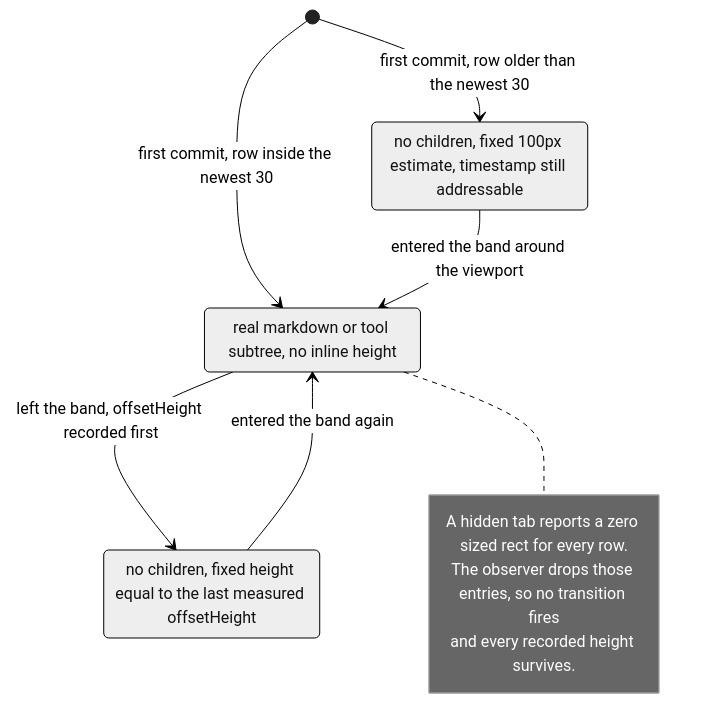
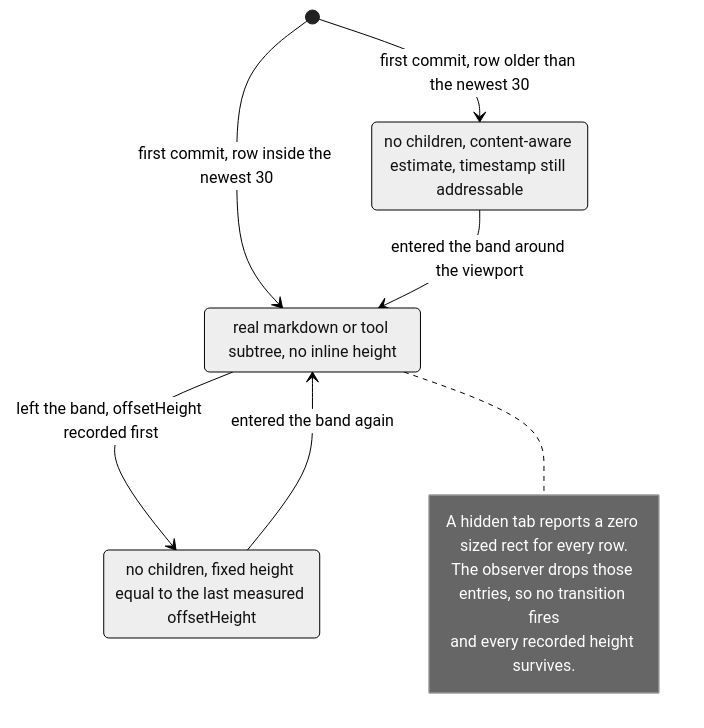
One commit to selierlin/cloudcli changed the third of 3 diagrams in docs/architecture/04-message-store-and-lazy-loading.md. Above: the diagram before and after it, drawn with Mermaid (neutral theme). The commit also changed other lines of this file and 35 other files, not shown here.

````diff
--- a/docs/architecture/04-message-store-and-lazy-loading.md
+++ b/docs/architecture/04-message-store-and-lazy-loading.md
@@ -400,16 +433,16 @@
 ```mermaid
 stateDiagram-v2
     [*] --> Placeholder: first commit, row older than the newest 30
     [*] --> Mounted: first commit, row inside the newest 30
-    Placeholder: no children, fixed 100px estimate, timestamp still addressable
+    Placeholder: no children, content-aware estimate, timestamp still addressable
     MeasuredPlaceholder: no children, fixed height equal to the last measured offsetHeight
     Mounted: real markdown or tool subtree, no inline height
     Placeholder --> Mounted: entered the band around the viewport
     Mounted --> MeasuredPlaceholder: left the band, offsetHeight recorded first
     MeasuredPlaceholder --> Mounted: entered the band again
     note right of Mounted
       A hidden tab reports a zero sized rect for every row.
       The observer drops those entries, so no transition fires
       and every recorded height survives.
     end note
 ```
````
